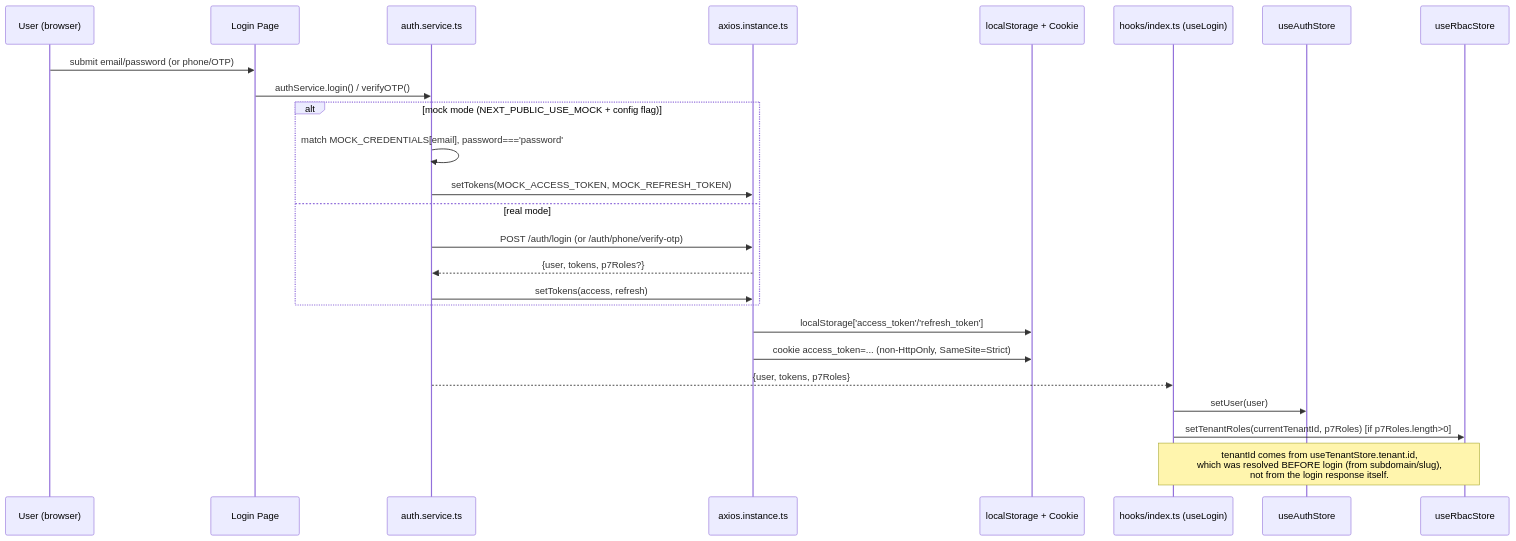
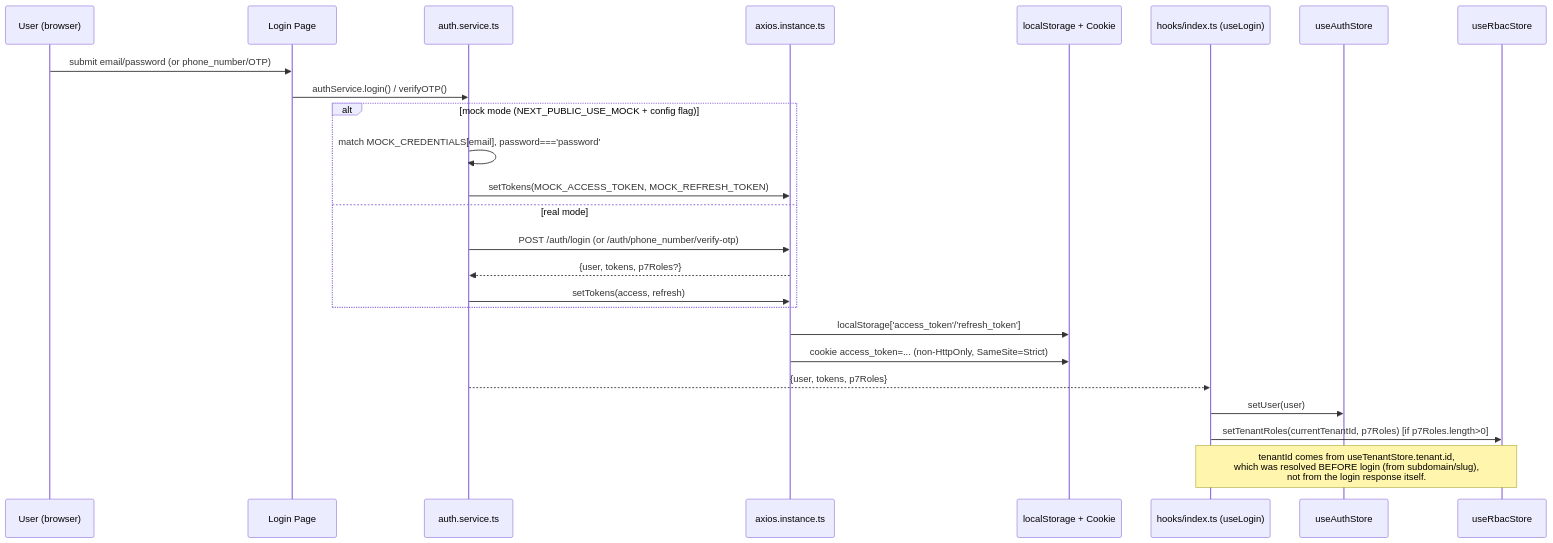
One commit to shipittofar/samoon_Q changed the first of 5 diagrams in docs/P10.0_RBAC_OWNERSHIP_ACCESS_AUDIT.md. Above: the diagram before and after it, drawn with Mermaid. The commit also changed other lines of this file and 106 other files, not shown here.

````diff
--- a/docs/P10.0_RBAC_OWNERSHIP_ACCESS_AUDIT.md
+++ b/docs/P10.0_RBAC_OWNERSHIP_ACCESS_AUDIT.md
@@ -36,28 +36,28 @@
 ```mermaid
 sequenceDiagram
     participant U as User (browser)
     participant LP as Login Page
     participant AS as auth.service.ts
     participant AX as axios.instance.ts
     participant LS as localStorage + Cookie
     participant Hooks as hooks/index.ts (useLogin)
     participant AuthStore as useAuthStore
     participant RbacStore as useRbacStore
 
-    U->>LP: submit email/password (or phone/OTP)
+    U->>LP: submit email/password (or phone_number/OTP)
     LP->>AS: authService.login() / verifyOTP()
     alt mock mode (NEXT_PUBLIC_USE_MOCK + config flag)
         AS->>AS: match MOCK_CREDENTIALS[email], password==='password'
         AS->>AX: setTokens(MOCK_ACCESS_TOKEN, MOCK_REFRESH_TOKEN)
     else real mode
-        AS->>AX: POST /auth/login (or /auth/phone/verify-otp)
+        AS->>AX: POST /auth/login (or /auth/phone_number/verify-otp)
         AX-->>AS: {user, tokens, p7Roles?}
         AS->>AX: setTokens(access, refresh)
     end
     AX->>LS: localStorage['access_token'/'refresh_token']
     AX->>LS: cookie access_token=... (non-HttpOnly, SameSite=Strict)
     AS-->>Hooks: {user, tokens, p7Roles}
     Hooks->>AuthStore: setUser(user)
     Hooks->>RbacStore: setTenantRoles(currentTenantId, p7Roles) [if p7Roles.length>0]
     Note over Hooks,RbacStore: tenantId comes from useTenantStore.tenant.id,<br/>which was resolved BEFORE login (from subdomain/slug),<br/>not from the login response itself.
 ```
````
